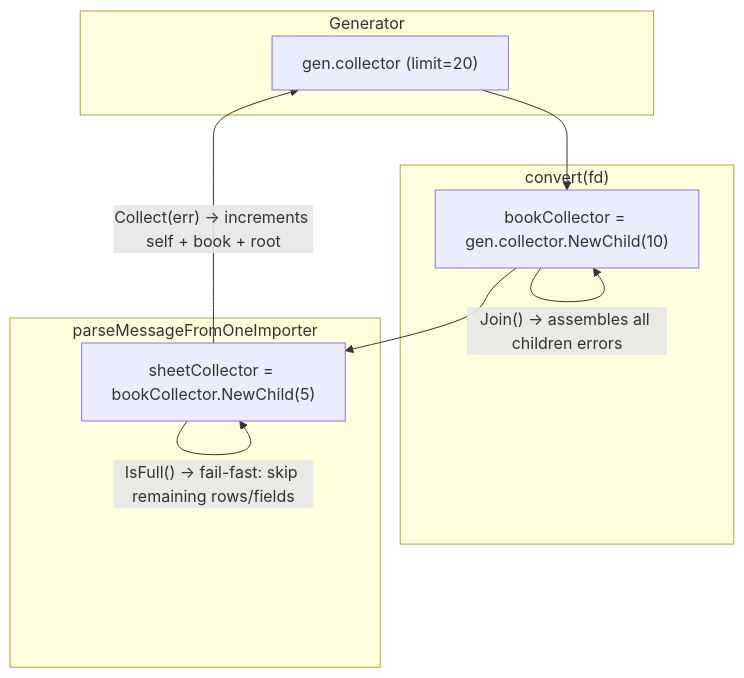
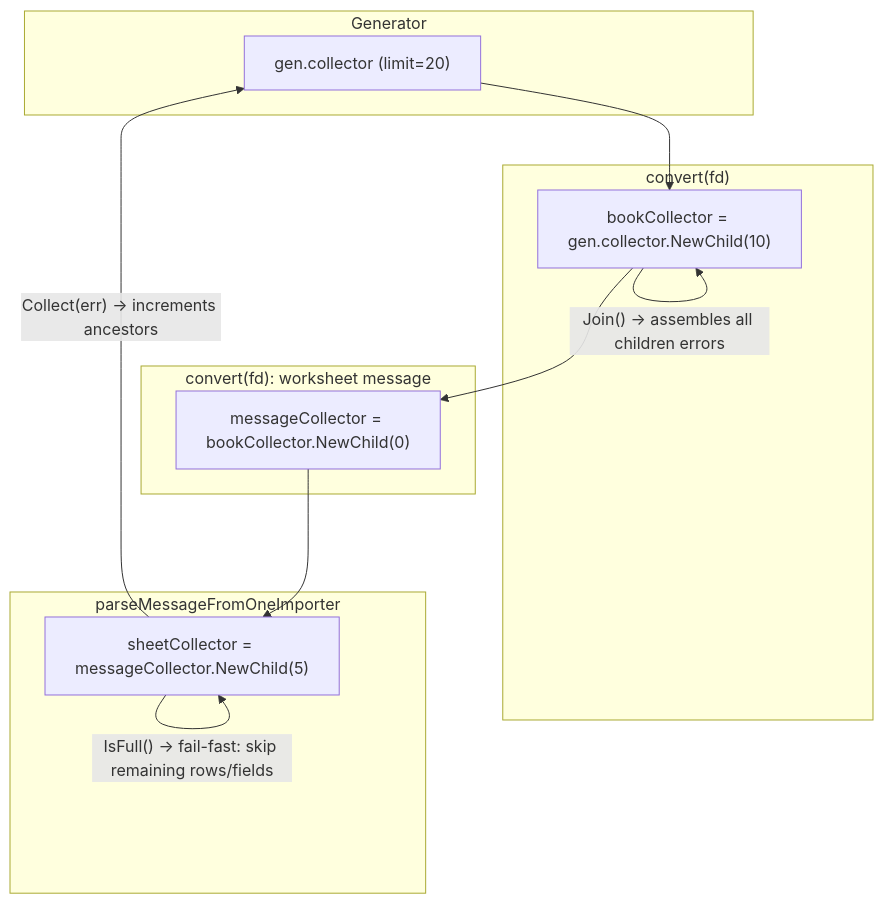
Before and after one commit to tableauio/tableau: the second of 2 diagrams in internal/confgen/README.md, drawn with Mermaid. The commit also changed other lines of this file and 10 other files, not shown here.

````diff
--- a/internal/confgen/README.md
+++ b/internal/confgen/README.md
@@ -92,19 +101,23 @@
 ```mermaid
 flowchart TB
     subgraph "Generator"
         Root["gen.collector  (limit=20)"]
     end
 
     subgraph "convert(fd)"
         Book["bookCollector = gen.collector.NewChild(10)"]
     end
 
-    subgraph "parseMessageFromOneImporter"
-        Sheet["sheetCollector = bookCollector.NewChild(5)"]
+    subgraph "convert(fd): worksheet message"
+        Message["messageCollector = bookCollector.NewChild(0)"]
     end
 
-    Root --> Book --> Sheet
-    Sheet -- "Collect(err) → increments self + book + root" --> Root
+    subgraph "parseMessageFromOneImporter"
+        Sheet["sheetCollector = messageCollector.NewChild(5)"]
+    end
+
+    Root --> Book --> Message --> Sheet
+    Sheet -- "Collect(err) → increments ancestors" --> Root
     Sheet -- "IsFull() → fail-fast: skip remaining rows/fields" --> Sheet
     Book -- "Join() → assembles all children errors" --> Book
 ```
````
